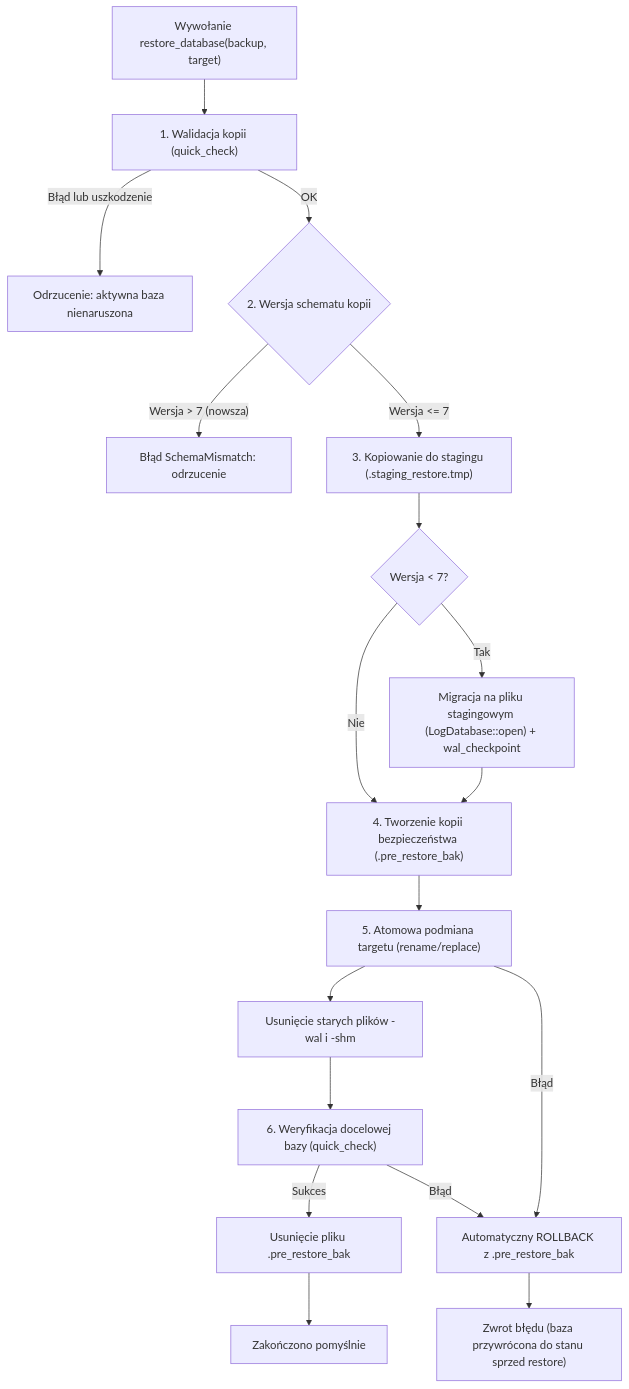
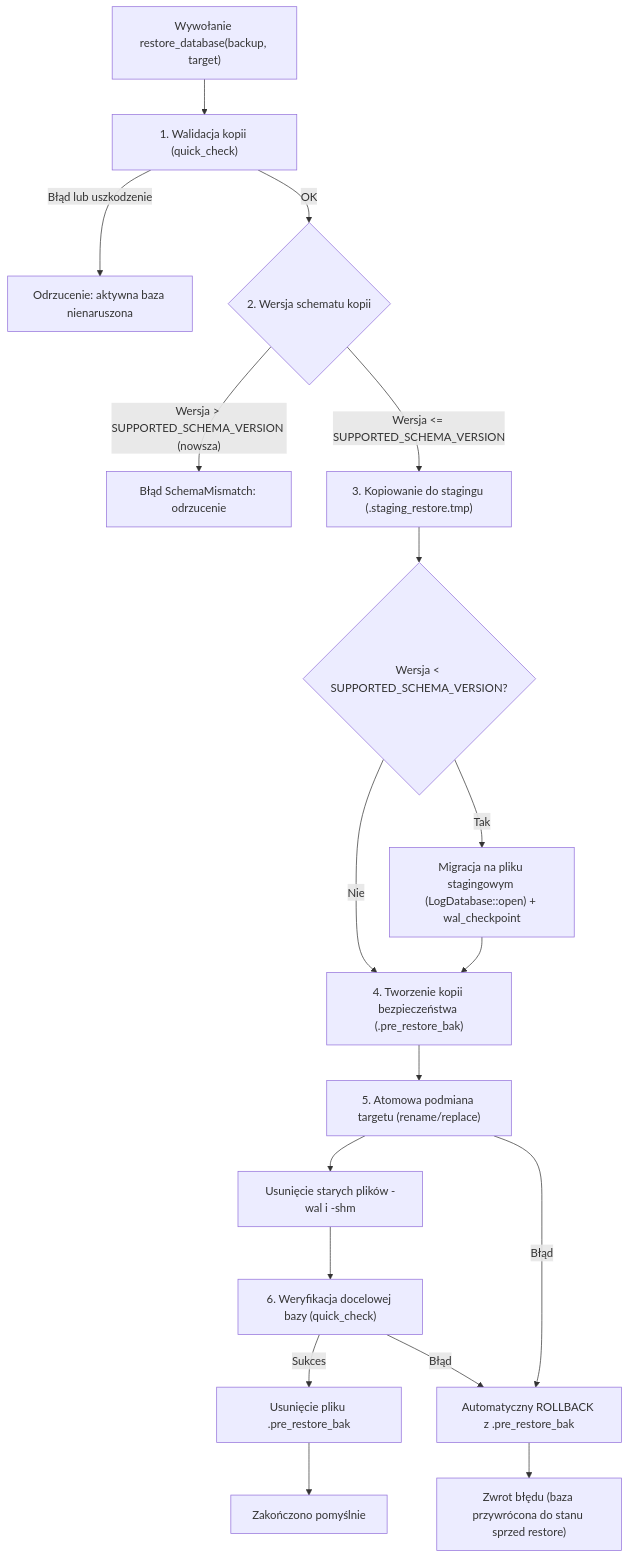
Before and after one commit to sp6ina/SPLogbook: the diagram in docs/DATABASE_BACKUP_RECOVERY.md, drawn with Mermaid. The commit also changed other lines of this file and 18 other files, not shown here.

````diff
--- a/docs/DATABASE_BACKUP_RECOVERY.md
+++ b/docs/DATABASE_BACKUP_RECOVERY.md
@@ -66,20 +91,20 @@
 ```mermaid
 flowchart TD
     Start["Wywołanie restore_database(backup, target)"] --> Val["1. Walidacja kopii (quick_check)"]
     Val -- "Błąd lub uszkodzenie" --> Reject["Odrzucenie: aktywna baza nienaruszona"]
     Val -- "OK" --> VerCheck{"2. Wersja schematu kopii"}
-    VerCheck -- "Wersja > 7 (nowsza)" --> VerError["Błąd SchemaMismatch: odrzucenie"]
-    VerCheck -- "Wersja <= 7" --> Stage["3. Kopiowanie do stagingu (.staging_restore.tmp)"]
-    Stage --> Migration{"Wersja < 7?"}
+    VerCheck -- "Wersja > SUPPORTED_SCHEMA_VERSION (nowsza)" --> VerError["Błąd SchemaMismatch: odrzucenie"]
+    VerCheck -- "Wersja <= SUPPORTED_SCHEMA_VERSION" --> Stage["3. Kopiowanie do stagingu (.staging_restore.tmp)"]
+    Stage --> Migration{"Wersja < SUPPORTED_SCHEMA_VERSION?"}
     Migration -- "Tak" --> RunMig["Migracja na pliku stagingowym (LogDatabase::open) + wal_checkpoint"]
     Migration -- "Nie" --> SafetyBak["4. Tworzenie kopii bezpieczeństwa (.pre_restore_bak)"]
     RunMig --> SafetyBak
     SafetyBak --> AtomicSwap["5. Atomowa podmiana targetu (rename/replace)"]
     AtomicSwap --> CleanWal["Usunięcie starych plików -wal i -shm"]
     CleanWal --> VerifyTarget["6. Weryfikacja docelowej bazy (quick_check)"]
     VerifyTarget -- "Sukces" --> CleanBak["Usunięcie pliku .pre_restore_bak"]
     CleanBak --> Done["Zakończono pomyślnie"]
     VerifyTarget -- "Błąd" --> Rollback["Automatyczny ROLLBACK z .pre_restore_bak"]
     AtomicSwap -- "Błąd" --> Rollback
     Rollback --> ErrReturn["Zwrot błędu (baza przywrócona do stanu sprzed restore)"]
 ```
````
